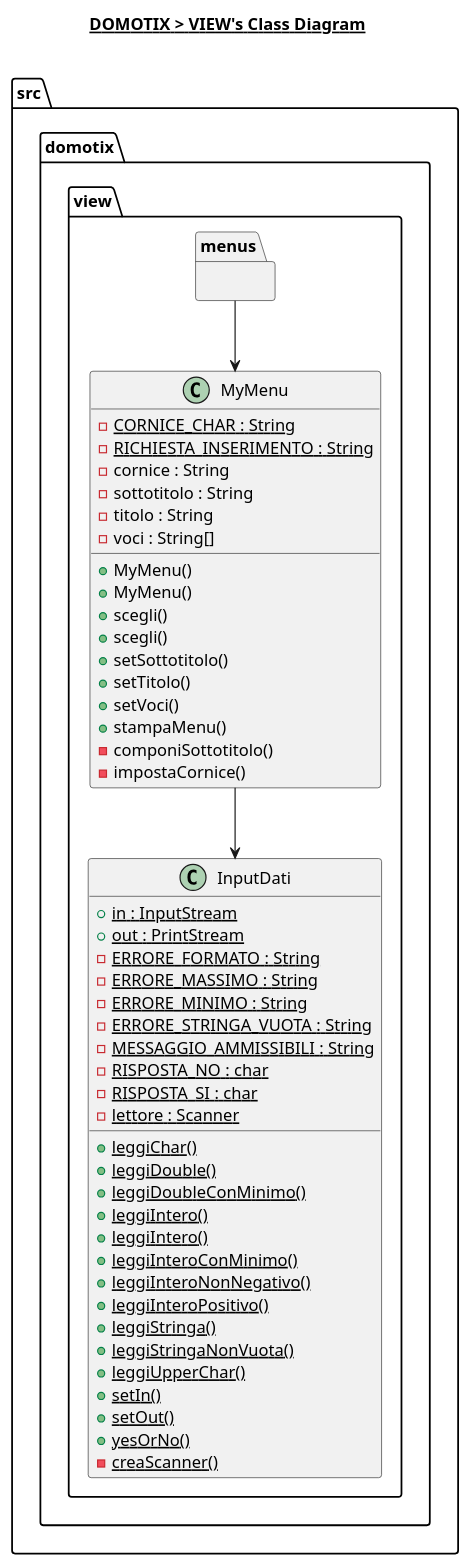
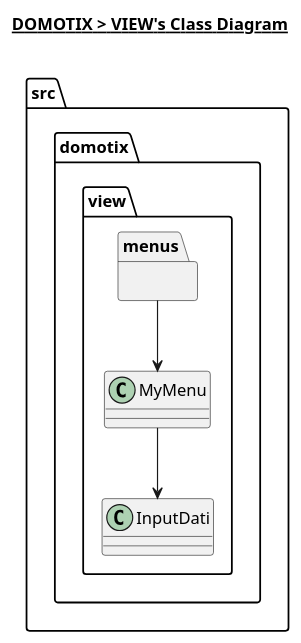
The diagram in src/domotix/view/view.plantuml (Edoar-do/Domotix), drawn with PlantUML before and after one commit. The commit also changed 29 other files, not shown here.

Commit message:
Aggiusta la documentazione sui diagrammi

```diff
--- a/src/domotix/view/view.plantuml
+++ b/src/domotix/view/view.plantuml
@@ -1,64 +1,23 @@
 @startuml
 
 title __DOMOTIX > VIEW's Class Diagram__\n
 
 namespace src.domotix.view {
 
     class src.domotix.view.InputDati {
-        {static} + in : InputStream
-        {static} + out : PrintStream
-        {static} - ERRORE_FORMATO : String
-        {static} - ERRORE_MASSIMO : String
-        {static} - ERRORE_MINIMO : String
-        {static} - ERRORE_STRINGA_VUOTA : String
-        {static} - MESSAGGIO_AMMISSIBILI : String
-        {static} - RISPOSTA_NO : char
-        {static} - RISPOSTA_SI : char
-        {static} - lettore : Scanner
-        {static} + leggiChar()
-        {static} + leggiDouble()
-        {static} + leggiDoubleConMinimo()
-        {static} + leggiIntero()
-        {static} + leggiIntero()
-        {static} + leggiInteroConMinimo()
-        {static} + leggiInteroNonNegativo()
-        {static} + leggiInteroPositivo()
-        {static} + leggiStringa()
-        {static} + leggiStringaNonVuota()
-        {static} + leggiUpperChar()
-        {static} + setIn()
-        {static} + setOut()
-        {static} + yesOrNo()
-        {static} - creaScanner()
     }
 
     class src.domotix.view.MyMenu {
-        {static} - CORNICE_CHAR : String
-        {static} - RICHIESTA_INSERIMENTO : String
-        - cornice : String
-        - sottotitolo : String
-        - titolo : String
-        - voci : String[]
-        + MyMenu()
-        + MyMenu()
-        + scegli()
-        + scegli()
-        + setSottotitolo()
-        + setTitolo()
-        + setVoci()
-        + stampaMenu()
-        - componiSottotitolo()
-        - impostaCornice()
     }
 
     namespace menus {
     }
 
 }
 
 
 src.domotix.view.MyMenu --> src.domotix.view.InputDati
 src.domotix.view.menus --> src.domotix.view.MyMenu
 
 
 @enduml
```
